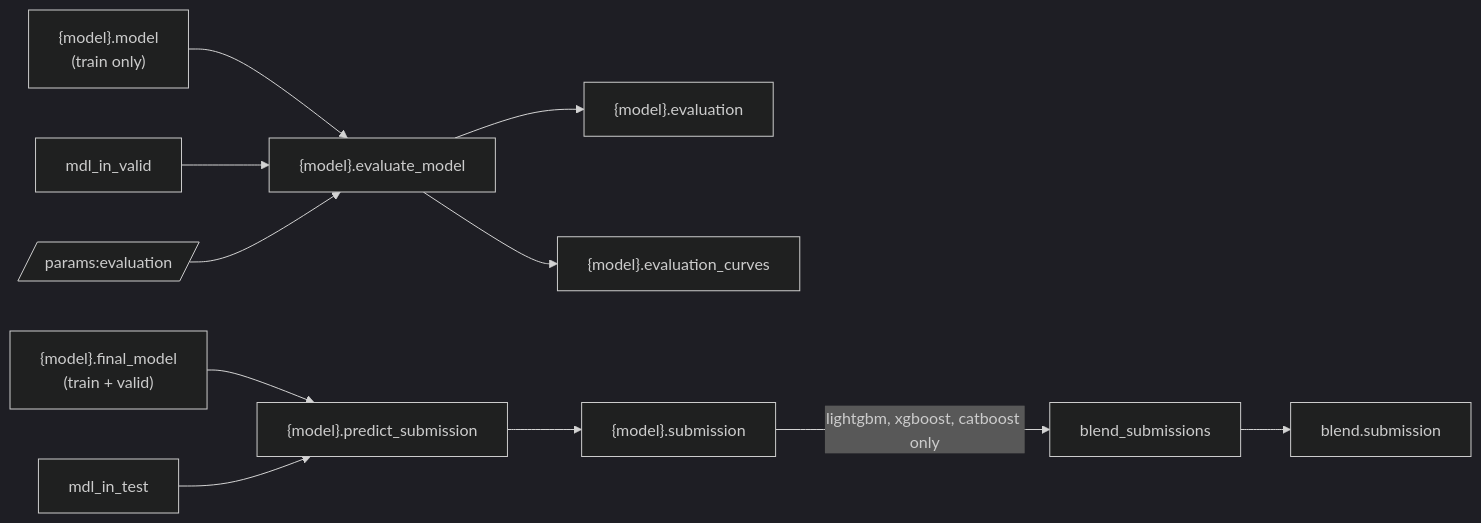
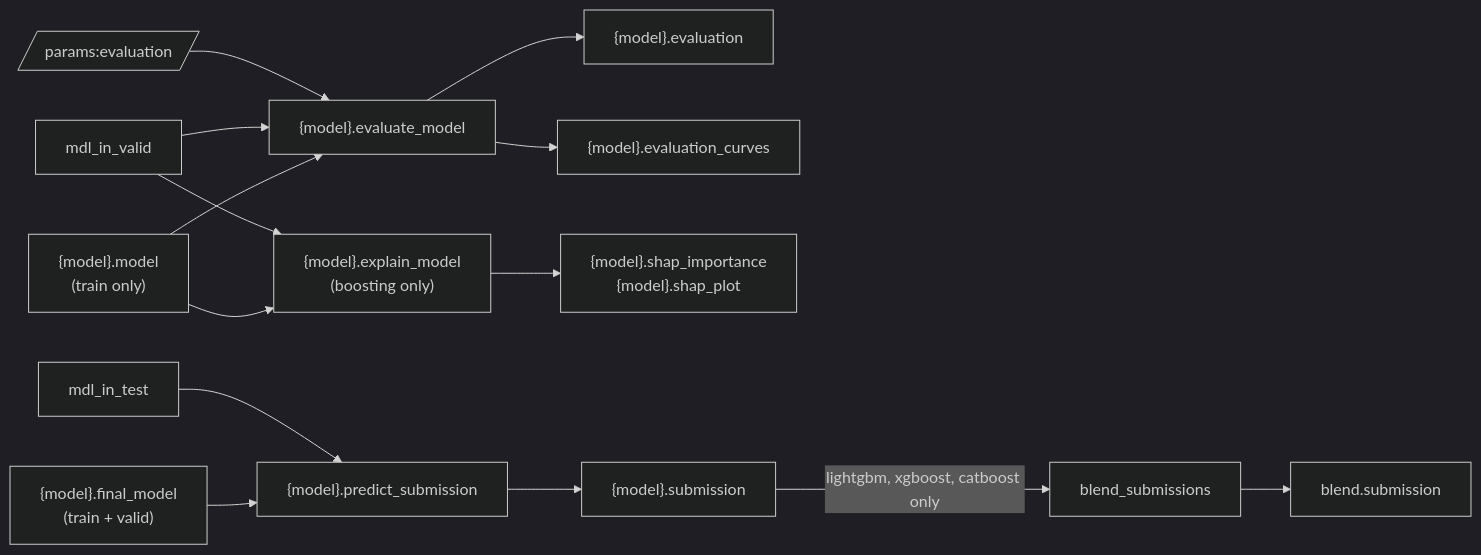
One commit to MikolajKurtyka/fraud-detection-kedro changed the eighth of 8 diagrams in docs/05_pipelines.md. Above: the diagram before and after it, drawn with Mermaid (dark theme). The commit also changed other lines of this file and 7 other files, not shown here.

Commit message:
docs: document data validation, cost threshold, SHAP, /explain and retraining

````diff
--- a/docs/05_pipelines.md
+++ b/docs/05_pipelines.md
@@ -331,9 +363,10 @@
 ```mermaid
 flowchart LR
     M["{model}.model<br/>(train only)"] & VA[mdl_in_valid] --> E["{model}.evaluate_model"]
     P[/params:evaluation/] --> E
     E --> EJ["{model}.evaluation"]
     E --> EC["{model}.evaluation_curves"]
+    M & VA --> X["{model}.explain_model<br/>(boosting only)"] --> XS["{model}.shap_importance<br/>{model}.shap_plot"]
     FM["{model}.final_model<br/>(train + valid)"] & TE[mdl_in_test] --> S["{model}.predict_submission"] --> SUB["{model}.submission"]
     SUB -->|"lightgbm, xgboost, catboost only"| B[blend_submissions] --> BS[blend.submission]
 ```
````
